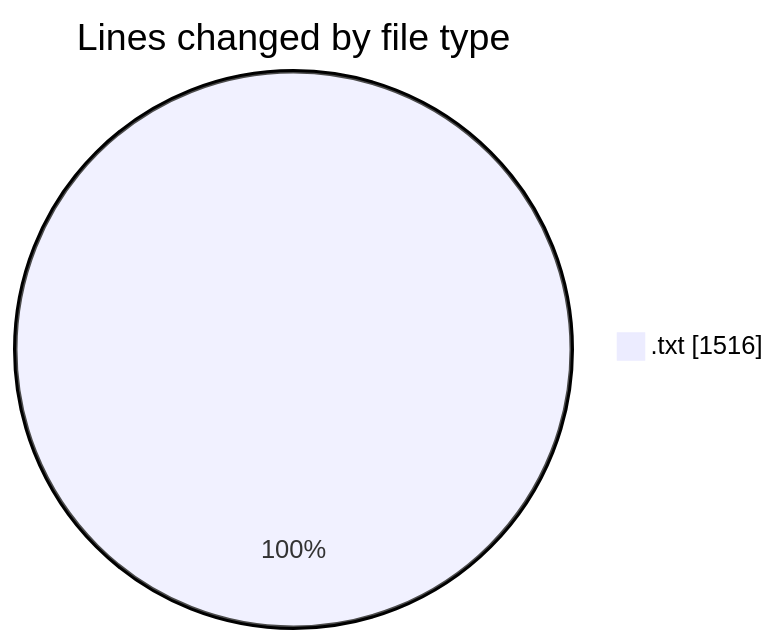
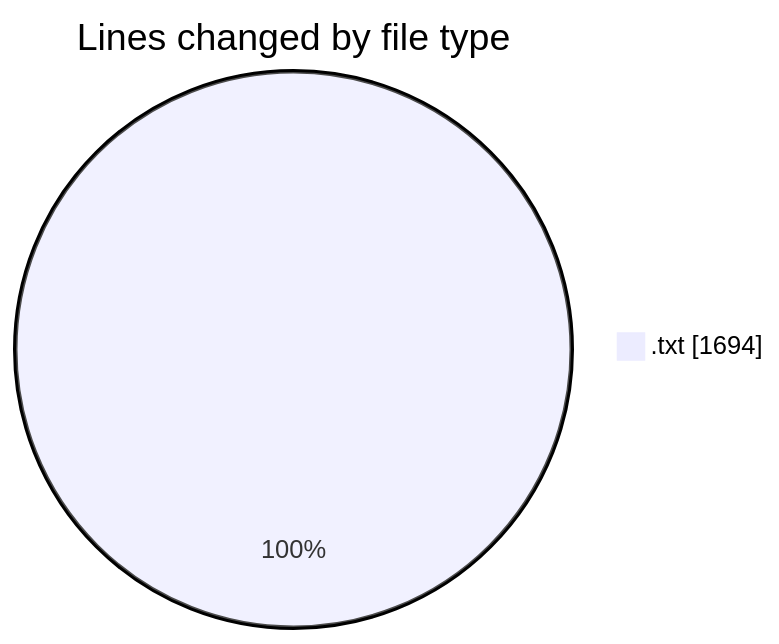
The first of 2 diagrams in 2026-11-18/cilreports__workspace_/README.md (ricardozamudiocil/code-tracking), drawn with Mermaid before and after one commit. The commit also changed other lines of this file and 1 other file, not shown here.

````diff
--- a/2026-11-18/cilreports__workspace_/README.md
+++ b/2026-11-18/cilreports__workspace_/README.md
@@ -20,5 +20,5 @@
 ```mermaid
 pie showData
 title Lines changed by file type
-".txt" : 1516
+".txt" : 1694
 ```
````
